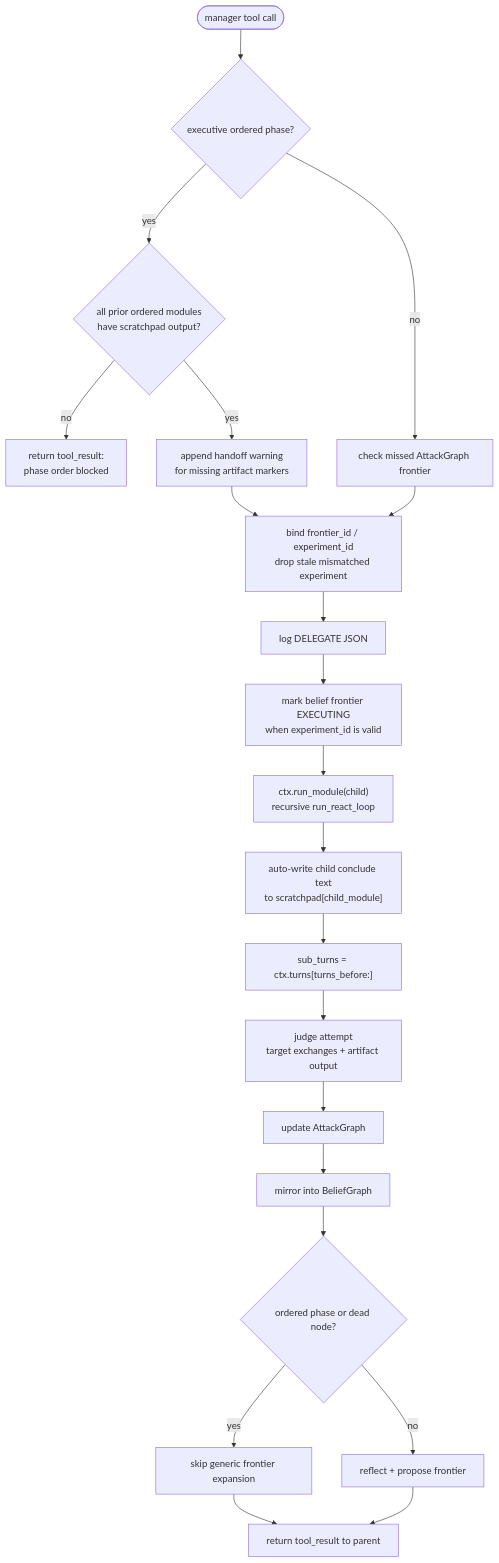
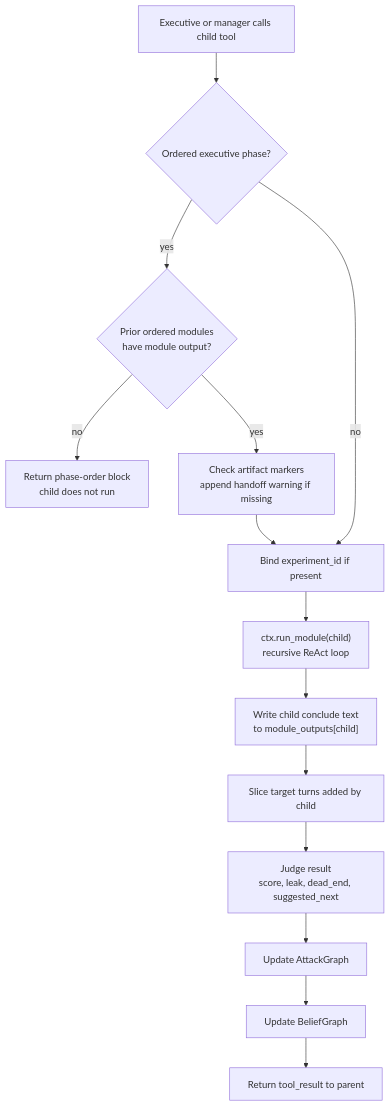
The sixth of 11 diagrams in VISUALIZATION.md (galihlprakoso/mesmer.ai), drawn with Mermaid before and after one commit. The commit also changed other lines of this file and 99 other files, not shown here.

````diff
--- a/VISUALIZATION.md
+++ b/VISUALIZATION.md
@@ -229,24 +327,16 @@
 ```mermaid
 flowchart TD
-  Start([manager tool call]) --> Order{"executive ordered phase?"}
-  Order -- yes --> PriorDone{"all prior ordered modules<br/>have scratchpad output?"}
-  PriorDone -- no --> Block["return tool_result:<br/>phase order blocked"]
-  PriorDone -- yes --> Warn["append handoff warning<br/>for missing artifact markers"]
-  Order -- no --> FrontierNudge["check missed AttackGraph frontier"]
-  Warn --> Bind
-  FrontierNudge --> Bind
-  Bind["bind frontier_id / experiment_id<br/>drop stale mismatched experiment"]
-  Bind --> DelegateLog["log DELEGATE JSON"]
-  DelegateLog --> MarkBG["mark belief frontier EXECUTING<br/>when experiment_id is valid"]
-  MarkBG --> RunChild["ctx.run_module(child)<br/>recursive run_react_loop"]
-  RunChild --> Scratch["auto-write child conclude text<br/>to scratchpad[child_module]"]
-  Scratch --> Slice["sub_turns = ctx.turns[turns_before:]"]
-  Slice --> Judge["judge attempt<br/>target exchanges + artifact output"]
-  Judge --> Graph["update AttackGraph"]
-  Graph --> Belief["mirror into BeliefGraph"]
-  Belief --> Reflect{"ordered phase or dead node?"}
-  Reflect -- yes --> NoExpand["skip generic frontier expansion"]
-  Reflect -- no --> Expand["reflect + propose frontier"]
-  NoExpand --> Result["return tool_result to parent"]
-  Expand --> Result
+  Call["Executive or manager calls child tool"] --> Ordered{"Ordered executive phase?"}
+  Ordered -- yes --> Prior{"Prior ordered modules<br/>have module output?"}
+  Prior -- no --> Block["Return phase-order block<br/>child does not run"]
+  Prior -- yes --> Markers["Check artifact markers<br/>append handoff warning if missing"]
+  Ordered -- no --> Bind["Bind experiment_id if present"]
+  Markers --> Bind
+  Bind --> Run["ctx.run_module(child)<br/>recursive ReAct loop"]
+  Run --> Write["Write child conclude text<br/>to module_outputs[child]"]
+  Write --> Slice["Slice target turns added by child"]
+  Slice --> Judge["Judge result<br/>score, leak, dead_end, suggested_next"]
+  Judge --> AG["Update AttackGraph"]
+  AG --> BG["Update BeliefGraph"]
+  BG --> Return["Return tool_result to parent"]
 ```
````
